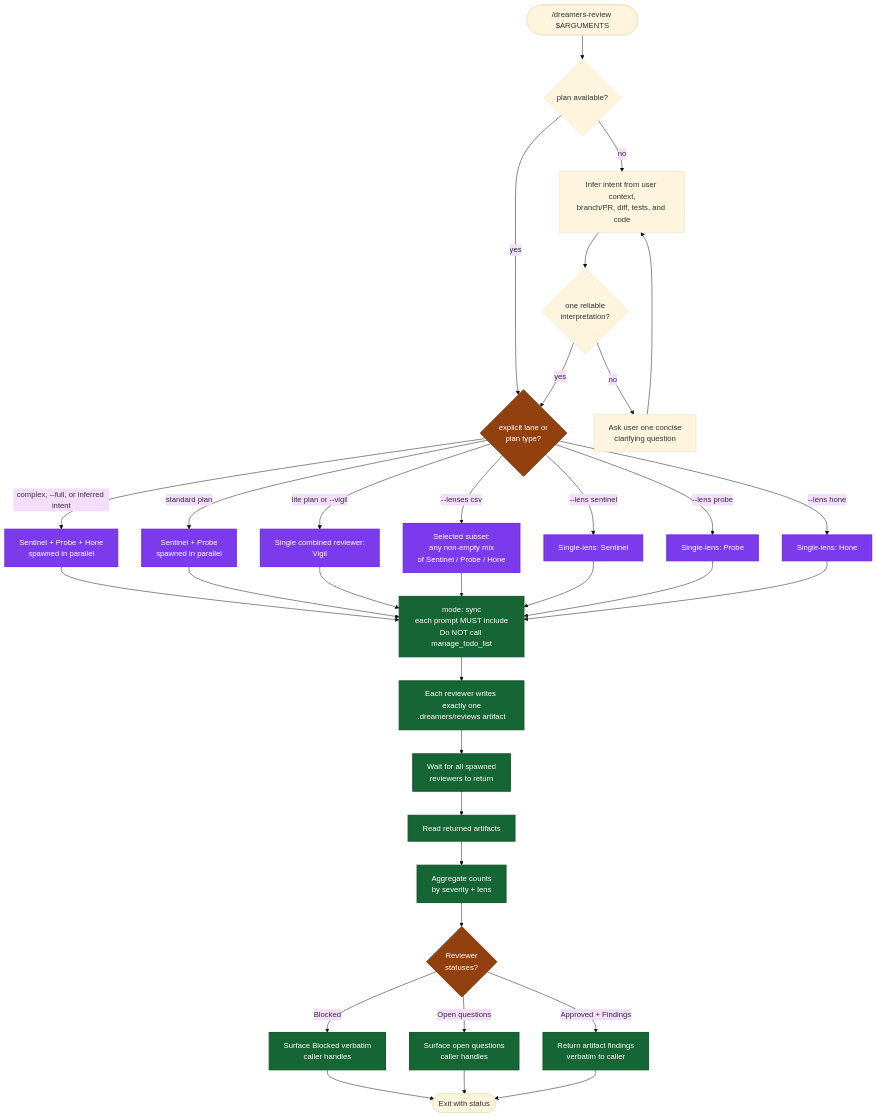
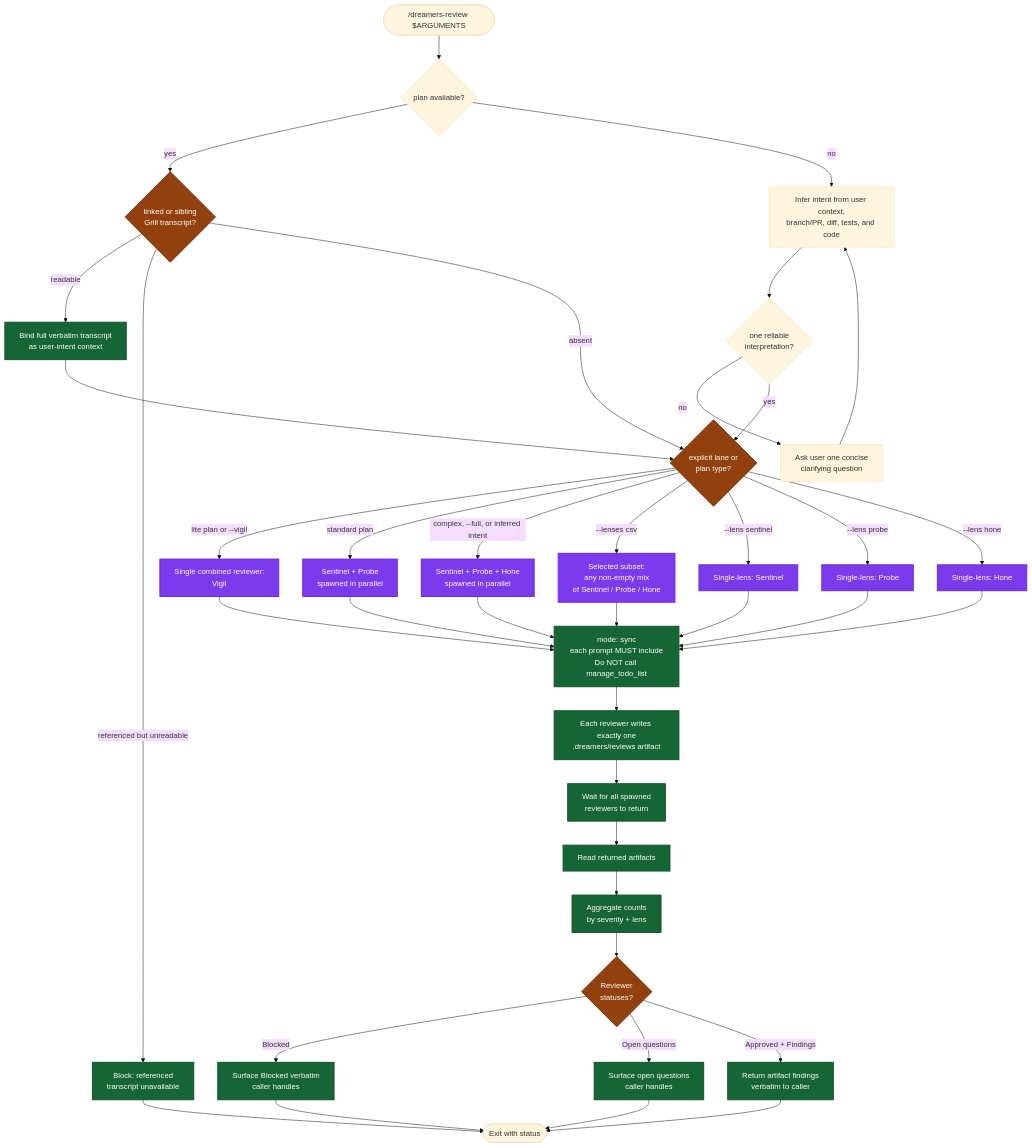
One commit to mrStorrs/dreamers-copilot changed the diagram in .github/skills/dreamers-review/readme.md. Above: the diagram before and after it, drawn with Mermaid (base theme). The commit also changed other lines of this file and 14 other files, not shown here.

````diff
--- a/.github/skills/dreamers-review/readme.md
+++ b/.github/skills/dreamers-review/readme.md
@@ -5,48 +5,53 @@
 ```mermaid
 flowchart TD
     Start(["/dreamers-review $ARGUMENTS"]) --> Basis{"plan available?"}
-    Basis -->|yes| ModeCheck{"explicit lane or<br/>plan type?"}
+    Basis -->|yes| Transcript{"linked or sibling<br/>Grill transcript?"}
+    Transcript -->|readable| BindTranscript["Bind full verbatim transcript<br/>as user-intent context"]
+    Transcript -->|referenced but unreadable| BlockTranscript["Block: referenced<br/>transcript unavailable"]
+    Transcript -->|absent| ModeCheck{"explicit lane or<br/>plan type?"}
+    BindTranscript --> ModeCheck
+    BlockTranscript --> End
     Basis -->|no| Infer["Infer intent from user context,<br/>branch/PR, diff, tests, and code"]
     Infer --> Clear{"one reliable<br/>interpretation?"}
     Clear -->|no| Ask["Ask user one concise<br/>clarifying question"]
     Ask --> Infer
     Clear -->|yes| ModeCheck
 
     ModeCheck -->|lite plan or --vigil| Vigil["Single combined reviewer:<br/>Vigil"]
     ModeCheck -->|standard plan| Standard["Sentinel + Probe<br/>spawned in parallel"]
     ModeCheck -->|complex, --full, or inferred intent| Triad["Sentinel + Probe + Hone<br/>spawned in parallel"]
     ModeCheck -->|--lenses csv| Selected["Selected subset:<br/>any non-empty mix<br/>of Sentinel / Probe / Hone"]
     ModeCheck -->|--lens sentinel| LensS["Single-lens: Sentinel"]
     ModeCheck -->|--lens probe| LensP["Single-lens: Probe"]
     ModeCheck -->|--lens hone| LensH["Single-lens: Hone"]
 
     Triad --> Spawn["mode: sync<br/>each prompt MUST include<br/>Do NOT call manage_todo_list"]
     Standard --> Spawn
     Vigil --> Spawn
     Selected --> Spawn
     LensS --> Spawn
     LensP --> Spawn
     LensH --> Spawn
 
     Spawn --> WriteArtifact["Each reviewer writes exactly one<br/>.dreamers/reviews artifact"]
     WriteArtifact --> Wait["Wait for all spawned<br/>reviewers to return"]
     Wait --> Collect["Read returned artifacts"]
     Collect --> Aggregate["Aggregate counts<br/>by severity + lens"]
     Aggregate --> CheckStatus{"Reviewer<br/>statuses?"}
 
     CheckStatus -->|Blocked| Surface1["Surface Blocked verbatim<br/>caller handles"]
     CheckStatus -->|Open questions| Surface2["Surface open questions<br/>caller handles"]
     CheckStatus -->|Approved + Findings| Report["Return artifact findings<br/>verbatim to caller"]
 
     Surface1 --> End(["Exit with status"])
     Surface2 --> End
     Report --> End
 
     classDef gate fill:#92400e,stroke:#78350f,stroke-width:2px,color:#fff
     classDef phase fill:#166534,stroke:#14532d,stroke-width:2px,color:#fff
     classDef agent fill:#7c3aed,stroke:#6d28d9,stroke-width:2px,color:#fff
 
-    class ModeCheck,CheckStatus gate
+    class Transcript,ModeCheck,CheckStatus gate
     class Triad,Standard,Vigil,Selected,LensS,LensP,LensH agent
-    class Spawn,WriteArtifact,Wait,Collect,Aggregate,Surface1,Surface2,Report phase
+    class BindTranscript,BlockTranscript,Spawn,WriteArtifact,Wait,Collect,Aggregate,Surface1,Surface2,Report phase
 ```
````
